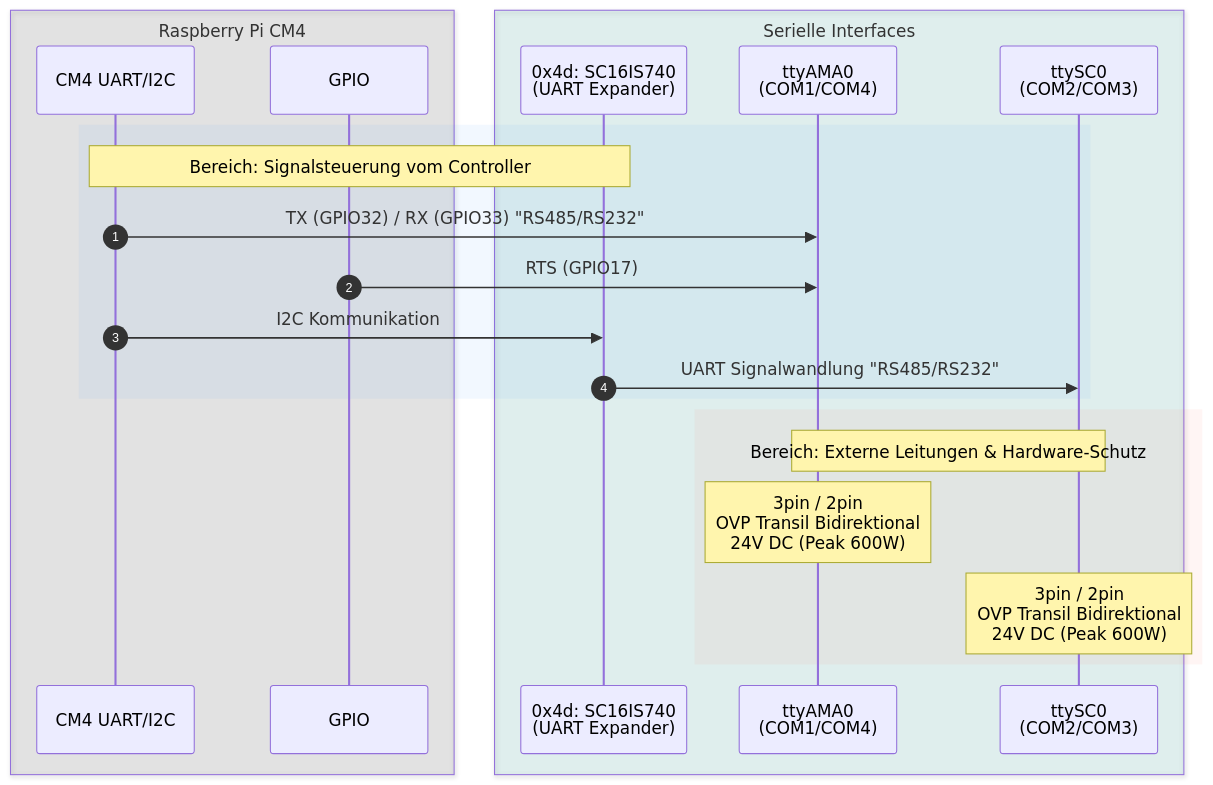
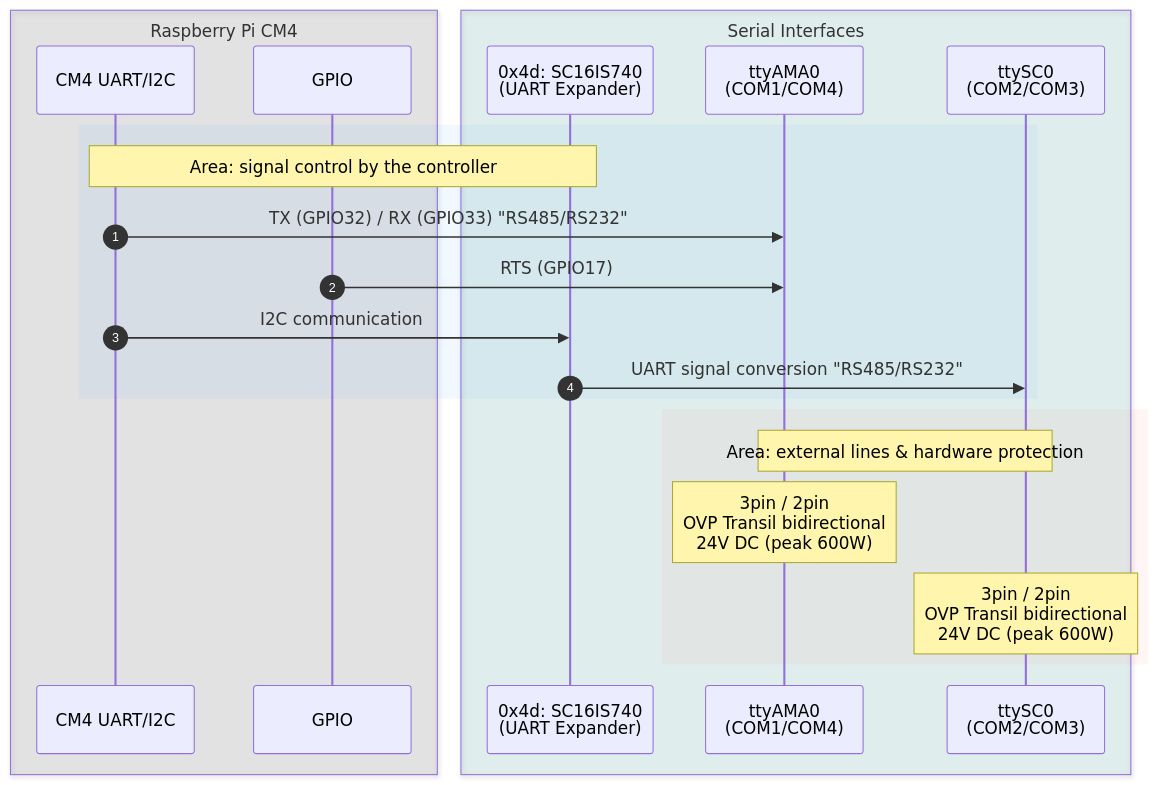
The third of 3 diagrams in docs/hardware/M40804W_MAX.md (bynacon/meta-modberry), drawn with Mermaid before and after one commit. The commit also changed other lines of this file and 1 other file, not shown here.

Commit message:
docs(hw): translate hardware specification to English

````diff
--- a/docs/hardware/M40804W_MAX.md
+++ b/docs/hardware/M40804W_MAX.md
@@ -187,33 +187,33 @@
 ```mermaid
 sequenceDiagram
   autonumber
 
-  %% OBERER BLOCK: CONTROLLER
+  %% UPPER BLOCK: CONTROLLER
   box rgba(34, 34, 34, 0.1) Raspberry Pi CM4
     participant CPU as CM4 UART/I2C
     participant GPIO as GPIO
   end
 
-  %% UNTERER BLOCK: PERIPHERIE & SCHNITTSTELLEN
-  box rgba(0, 150, 136, 0.1) Serielle Interfaces
+  %% LOWER BLOCK: PERIPHERALS & INTERFACES
+  box rgba(0, 150, 136, 0.1) Serial Interfaces
     participant EXP as 0x4d: SC16IS740<br/>(UART Expander)
     participant TTYAMA0 as ttyAMA0<br/>(COM1/COM4)
     participant TTYSC0 as ttySC0<br/>(COM2/COM3)
   end
 
-  %% BEREICH 1: INTERNE KOMMUNIKATION / ANSTEUERUNG
+  %% AREA 1: INTERNAL COMMUNICATION / CONTROL
   rect rgba(0, 122, 255, 0.05)
-    Note over CPU, EXP: Bereich: Signalsteuerung vom Controller
+    Note over CPU, EXP: Area: signal control by the controller
     CPU ->> TTYAMA0: TX (GPIO32) / RX (GPIO33) "RS485/RS232"
     GPIO ->> TTYAMA0: RTS (GPIO17)
-    CPU ->> EXP: I2C Kommunikation
-    EXP ->> TTYSC0: UART Signalwandlung "RS485/RS232"
+    CPU ->> EXP: I2C communication
+    EXP ->> TTYSC0: UART signal conversion "RS485/RS232"
   end
 
-  %% BEREICH 2: PHYSIKALISCHE SCHNITTSTELLEN & SCHUTZ
+  %% AREA 2: PHYSICAL INTERFACES & PROTECTION
   rect rgba(255, 59, 48, 0.05)
-    Note over TTYAMA0, TTYSC0: Bereich: Externe Leitungen & Hardware-Schutz
-    Note over TTYAMA0: 3pin / 2pin<br/>OVP Transil Bidirektional<br/>24V DC (Peak 600W)
-    Note over TTYSC0: 3pin / 2pin<br/>OVP Transil Bidirektional<br/>24V DC (Peak 600W)
+    Note over TTYAMA0, TTYSC0: Area: external lines & hardware protection
+    Note over TTYAMA0: 3pin / 2pin<br/>OVP Transil bidirectional<br/>24V DC (peak 600W)
+    Note over TTYSC0: 3pin / 2pin<br/>OVP Transil bidirectional<br/>24V DC (peak 600W)
   end
 ```
````
